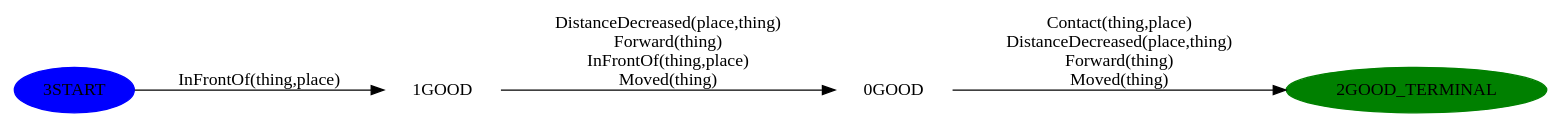
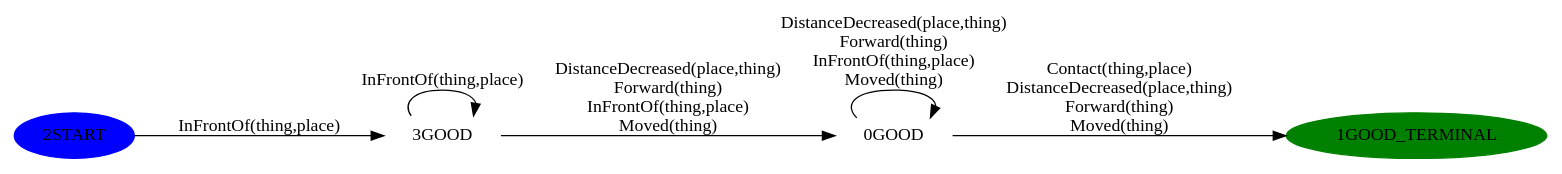
One commit to Kenkoko/ua-ros-pkg changed the diagram in arrg/ua_experimental/verb_learning/verbs/go/dfa.dot. Above: the diagram before and after it, drawn with Graphviz. The commit also changed 11 other files, not shown here.

```diff
--- a/arrg/ua_experimental/verb_learning/verbs/go/dfa.dot
+++ b/arrg/ua_experimental/verb_learning/verbs/go/dfa.dot
@@ -1,10 +1,12 @@
 digraph G { 
 	graph [ rankdir=LR ]; 
-	"2" [label="2GOOD_TERMINAL",style="filled",color="green",fontcolor="black"];
+	"3" [label="3GOOD",style="filled",color="white",fontcolor="black"];
+	"3" -> "3" [label="InFrontOf(thing,place)"] ;
+	"3" -> "0" [label="DistanceDecreased(place,thing)\nForward(thing)\nInFrontOf(thing,place)\nMoved(thing)"] ;
+	"1" [label="1GOOD_TERMINAL",style="filled",color="green",fontcolor="black"];
+	"2" [label="2START",style="filled",color="blue",fontcolor="black"];
+	"2" -> "3" [label="InFrontOf(thing,place)"] ;
 	"0" [label="0GOOD",style="filled",color="white",fontcolor="black"];
-	"0" -> "2" [label="Contact(thing,place)\nDistanceDecreased(place,thing)\nForward(thing)\nMoved(thing)"] ;
-	"1" [label="1GOOD",style="filled",color="white",fontcolor="black"];
-	"1" -> "0" [label="DistanceDecreased(place,thing)\nForward(thing)\nInFrontOf(thing,place)\nMoved(thing)"] ;
-	"3" [label="3START",style="filled",color="blue",fontcolor="black"];
-	"3" -> "1" [label="InFrontOf(thing,place)"] ;
+	"0" -> "1" [label="Contact(thing,place)\nDistanceDecreased(place,thing)\nForward(thing)\nMoved(thing)"] ;
+	"0" -> "0" [label="DistanceDecreased(place,thing)\nForward(thing)\nInFrontOf(thing,place)\nMoved(thing)"] ;
 }
```
